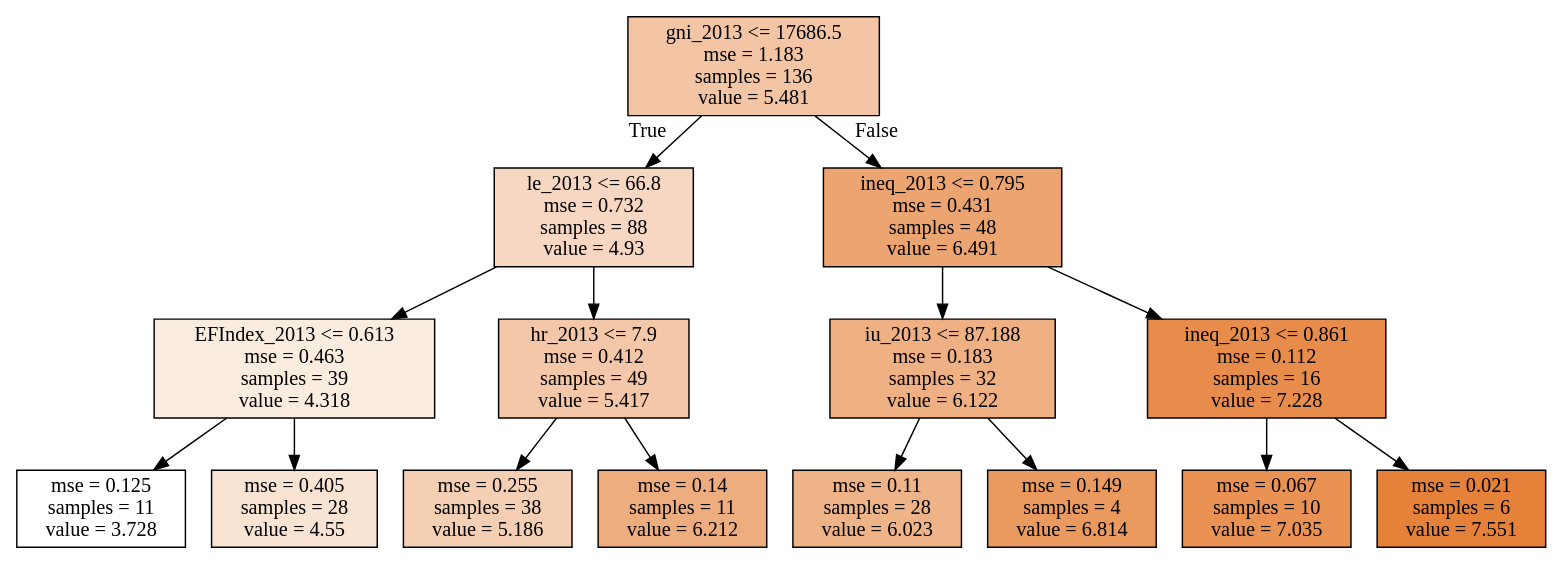
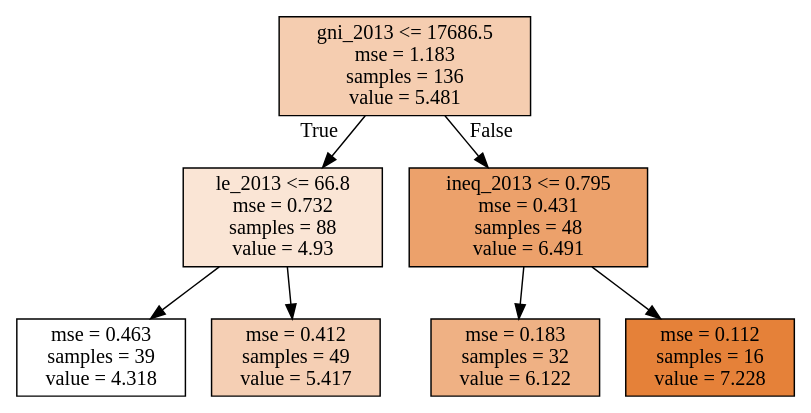
The diagram in tree.dot (cxcollins/OMIS114_final), drawn with Graphviz before and after one commit. The commit also changed 2 other files, not shown here.

Commit message:
finished graphs, changed a couple to jointplot

```diff
--- a/tree.dot
+++ b/tree.dot
@@ -1,32 +1,16 @@
 digraph Tree {
 node [shape=box, style="filled", color="black"] ;
-0 [label="gni_2013 <= 17686.5\nmse = 1.183\nsamples = 136\nvalue = 5.481", fillcolor="#f3c5a4"] ;
-1 [label="le_2013 <= 66.8\nmse = 0.732\nsamples = 88\nvalue = 4.93", fillcolor="#f7d7c1"] ;
+0 [label="gni_2013 <= 17686.5\nmse = 1.183\nsamples = 136\nvalue = 5.481", fillcolor="#f5cdb0"] ;
+1 [label="le_2013 <= 66.8\nmse = 0.732\nsamples = 88\nvalue = 4.93", fillcolor="#fae5d5"] ;
 0 -> 1 [labeldistance=2.5, labelangle=45, headlabel="True"] ;
-2 [label="EFIndex_2013 <= 0.613\nmse = 0.463\nsamples = 39\nvalue = 4.318", fillcolor="#fbece0"] ;
+2 [label="mse = 0.463\nsamples = 39\nvalue = 4.318", fillcolor="#ffffff"] ;
 1 -> 2 ;
-3 [label="mse = 0.125\nsamples = 11\nvalue = 3.728", fillcolor="#ffffff"] ;
-2 -> 3 ;
-4 [label="mse = 0.405\nsamples = 28\nvalue = 4.55", fillcolor="#f9e4d4"] ;
-2 -> 4 ;
-5 [label="hr_2013 <= 7.9\nmse = 0.412\nsamples = 49\nvalue = 5.417", fillcolor="#f4c7a8"] ;
-1 -> 5 ;
-6 [label="mse = 0.255\nsamples = 38\nvalue = 5.186", fillcolor="#f5cfb3"] ;
-5 -> 6 ;
-7 [label="mse = 0.14\nsamples = 11\nvalue = 6.212", fillcolor="#eead7e"] ;
-5 -> 7 ;
-8 [label="ineq_2013 <= 0.795\nmse = 0.431\nsamples = 48\nvalue = 6.491", fillcolor="#eca470"] ;
-0 -> 8 [labeldistance=2.5, labelangle=-45, headlabel="False"] ;
-9 [label="iu_2013 <= 87.188\nmse = 0.183\nsamples = 32\nvalue = 6.122", fillcolor="#efb083"] ;
-8 -> 9 ;
-10 [label="mse = 0.11\nsamples = 28\nvalue = 6.023", fillcolor="#efb388"] ;
-9 -> 10 ;
-11 [label="mse = 0.149\nsamples = 4\nvalue = 6.814", fillcolor="#ea995f"] ;
-9 -> 11 ;
-12 [label="ineq_2013 <= 0.861\nmse = 0.112\nsamples = 16\nvalue = 7.228", fillcolor="#e78c4a"] ;
-8 -> 12 ;
-13 [label="mse = 0.067\nsamples = 10\nvalue = 7.035", fillcolor="#e99254"] ;
-12 -> 13 ;
-14 [label="mse = 0.021\nsamples = 6\nvalue = 7.551", fillcolor="#e58139"] ;
-12 -> 14 ;
+3 [label="mse = 0.412\nsamples = 49\nvalue = 5.417", fillcolor="#f5cfb4"] ;
+1 -> 3 ;
+4 [label="ineq_2013 <= 0.795\nmse = 0.431\nsamples = 48\nvalue = 6.491", fillcolor="#eca16b"] ;
+0 -> 4 [labeldistance=2.5, labelangle=-45, headlabel="False"] ;
+5 [label="mse = 0.183\nsamples = 32\nvalue = 6.122", fillcolor="#efb184"] ;
+4 -> 5 ;
+6 [label="mse = 0.112\nsamples = 16\nvalue = 7.228", fillcolor="#e58139"] ;
+4 -> 6 ;
 }
```
